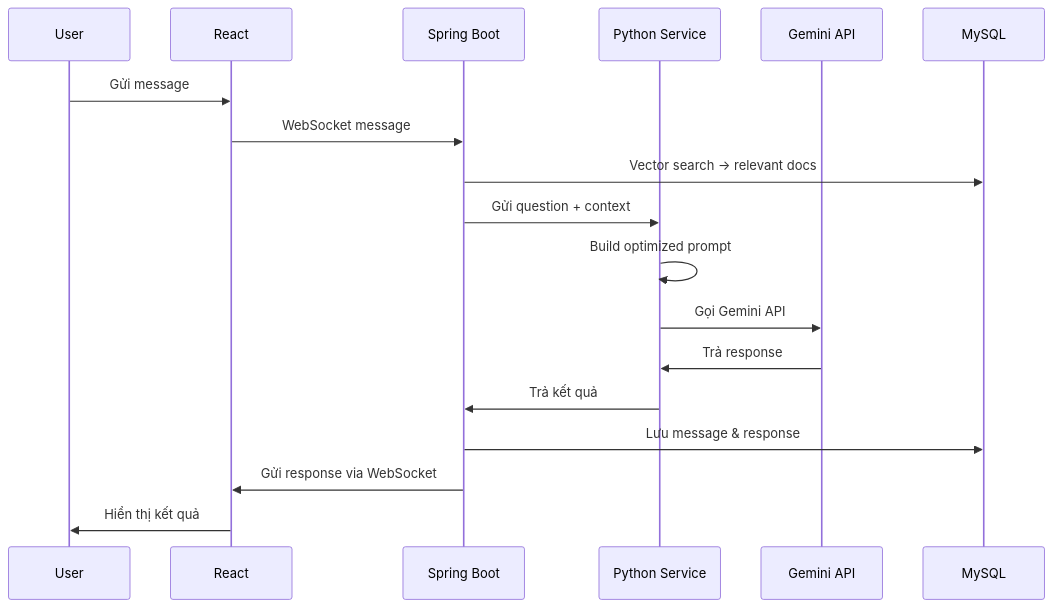
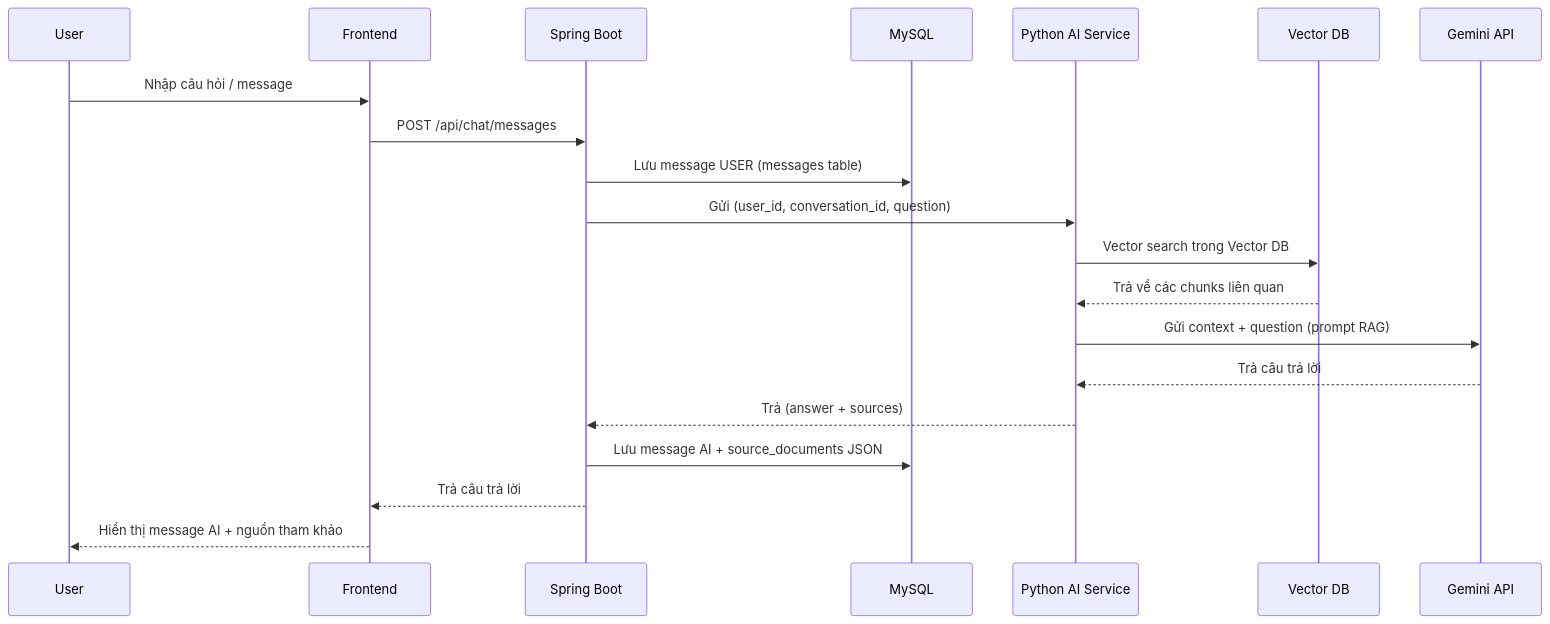
One commit to vanhoangtvu/AI-Agent-for-Business changed the second of 3 diagrams in README.md. Above: the diagram before and after it, drawn with Mermaid. The commit also changed other lines of this file and 185 other files, not shown here.

````diff
--- a/README.md
+++ b/README.md
@@ -197,21 +281,23 @@
 ```mermaid
 sequenceDiagram
     participant U as User
-    participant R as React
+    participant F as Frontend
     participant S as Spring Boot
-    participant P as Python Service
+    participant D as MySQL
+    participant P as Python AI Service
+    participant V as Vector DB
     participant G as Gemini API
-    participant D as MySQL
 
-    U->>R: Gửi message
-    R->>S: WebSocket message
-    S->>D: Vector search → relevant docs
-    S->>P: Gửi question + context
-    P->>P: Build optimized prompt
-    P->>G: Gọi Gemini API
-    G->>P: Trả response
-    P->>S: Trả kết quả
-    S->>D: Lưu message & response
-    S->>R: Gửi response via WebSocket
-    R->>U: Hiển thị kết quả
+    U->>F: Nhập câu hỏi / message
+    F->>S: POST /api/chat/messages
+    S->>D: Lưu message USER (messages table)
+    S->>P: Gửi (user_id, conversation_id, question)
+    P->>V: Vector search trong Vector DB
+    V-->>P: Trả về các chunks liên quan
+    P->>G: Gửi context + question (prompt RAG)
+    G-->>P: Trả câu trả lời
+    P-->>S: Trả (answer + sources)
+    S->>D: Lưu message AI + source_documents JSON
+    S-->>F: Trả câu trả lời
+    F-->>U: Hiển thị message AI + nguồn tham khảo
 ```
````
